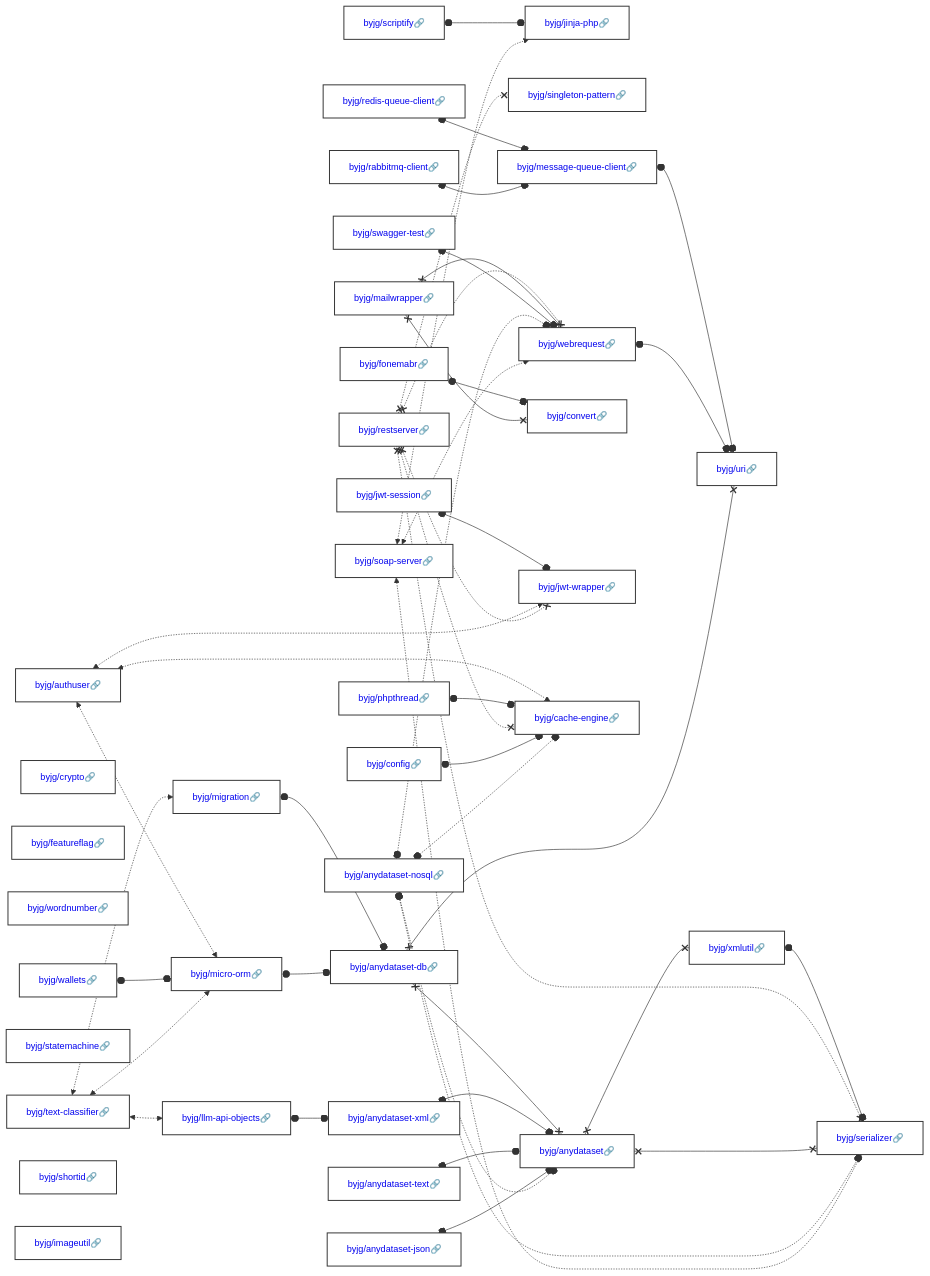
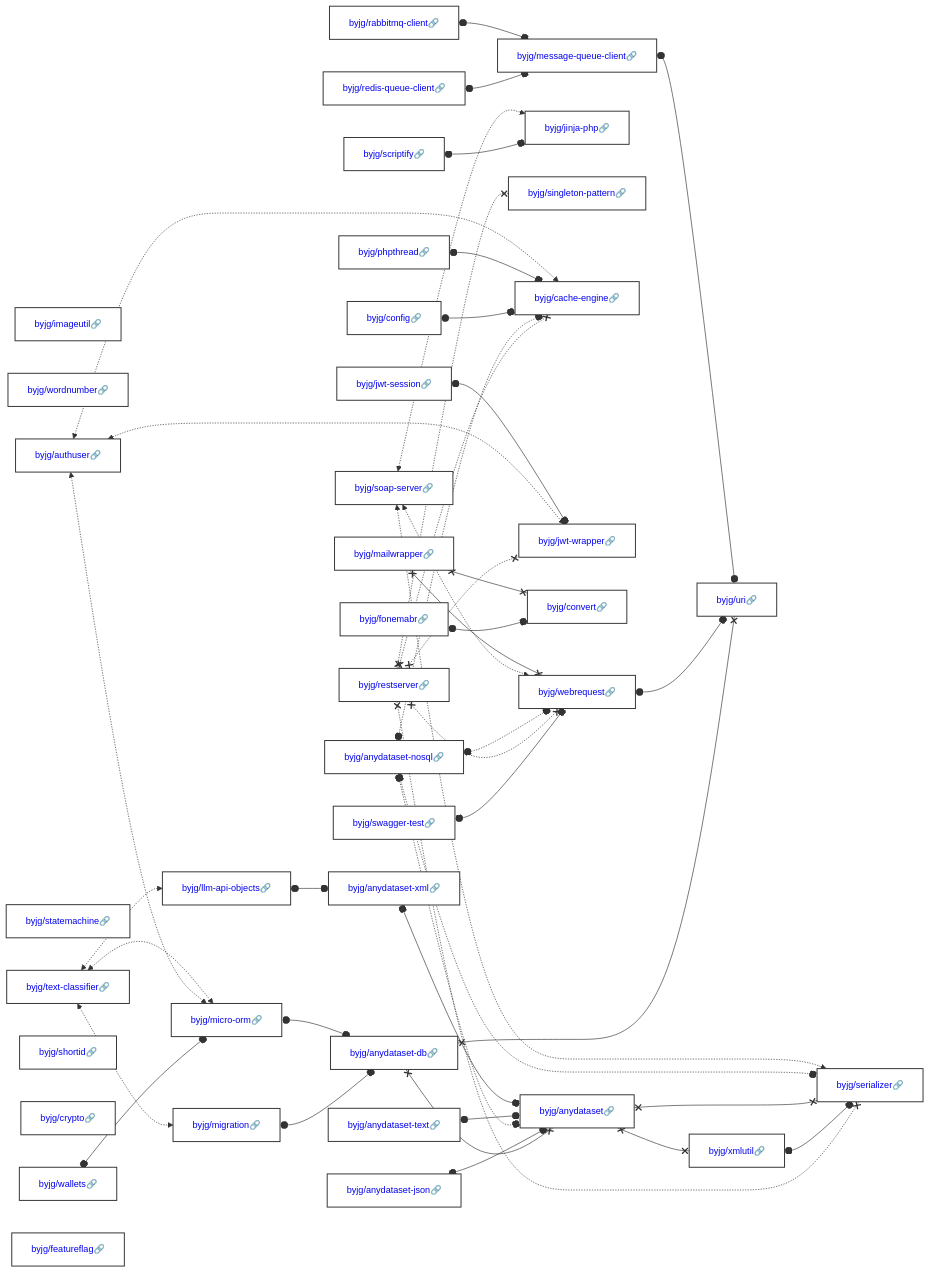
One commit to byjg/byjg.github.io changed the diagram in docs/php/README.md. Above: the diagram before and after it, drawn with Mermaid. The commit also changed other lines of this file, not shown here.

Commit message:
Update documentation 'php' 'php-rest-reference-architecture'

````diff
--- a/docs/php/README.md
+++ b/docs/php/README.md
@@ -3,86 +3,86 @@
 ```mermaid
 graph LR;
-  byjg/anydataset-nosql[<a href='https://opensource.byjg.com/docs/php/anydataset-nosql' style='text-decoration:none'>byjg/anydataset-nosql🔗</a>];
+  byjg/imageutil[<a href='https://opensource.byjg.com/docs/php/imageutil' style='text-decoration:none'>byjg/imageutil🔗</a>];
+  byjg/wordnumber[<a href='https://opensource.byjg.com/docs/php/wordnumber' style='text-decoration:none'>byjg/wordnumber🔗</a>];
+  byjg/jwt-session[<a href='https://opensource.byjg.com/docs/php/jwt-session' style='text-decoration:none'>byjg/jwt-session🔗</a>];
+  byjg/scriptify[<a href='https://opensource.byjg.com/docs/php/scriptify' style='text-decoration:none'>byjg/scriptify🔗</a>];
+  byjg/authuser[<a href='https://opensource.byjg.com/docs/php/authuser' style='text-decoration:none'>byjg/authuser🔗</a>];
+  byjg/anydataset-text[<a href='https://opensource.byjg.com/docs/php/anydataset-text' style='text-decoration:none'>byjg/anydataset-text🔗</a>];
+  byjg/anydataset-json[<a href='https://opensource.byjg.com/docs/php/anydataset-json' style='text-decoration:none'>byjg/anydataset-json🔗</a>];
+  byjg/rabbitmq-client[<a href='https://opensource.byjg.com/docs/php/rabbitmq-client' style='text-decoration:none'>byjg/rabbitmq-client🔗</a>];
+  byjg/statemachine[<a href='https://opensource.byjg.com/docs/php/statemachine' style='text-decoration:none'>byjg/statemachine🔗</a>];
+  byjg/config[<a href='https://opensource.byjg.com/docs/php/config' style='text-decoration:none'>byjg/config🔗</a>];
   byjg/text-classifier[<a href='https://opensource.byjg.com/docs/php/text-classifier' style='text-decoration:none'>byjg/text-classifier🔗</a>];
-  byjg/soap-server[<a href='https://opensource.byjg.com/docs/php/soap-server' style='text-decoration:none'>byjg/soap-server🔗</a>];
-  byjg/crypto[<a href='https://opensource.byjg.com/docs/php/crypto' style='text-decoration:none'>byjg/crypto🔗</a>];
-  byjg/featureflag[<a href='https://opensource.byjg.com/docs/php/featureflag' style='text-decoration:none'>byjg/featureflag🔗</a>];
-  byjg/redis-queue-client[<a href='https://opensource.byjg.com/docs/php/redis-queue-client' style='text-decoration:none'>byjg/redis-queue-client🔗</a>];
-  byjg/wordnumber[<a href='https://opensource.byjg.com/docs/php/wordnumber' style='text-decoration:none'>byjg/wordnumber🔗</a>];
-  byjg/mailwrapper[<a href='https://opensource.byjg.com/docs/php/mailwrapper' style='text-decoration:none'>byjg/mailwrapper🔗</a>];
+  byjg/shortid[<a href='https://opensource.byjg.com/docs/php/shortid' style='text-decoration:none'>byjg/shortid🔗</a>];
   byjg/swagger-test[<a href='https://opensource.byjg.com/docs/php/swagger-test' style='text-decoration:none'>byjg/swagger-test🔗</a>];
   byjg/phpthread[<a href='https://opensource.byjg.com/docs/php/phpthread' style='text-decoration:none'>byjg/phpthread🔗</a>];
-  byjg/scriptify[<a href='https://opensource.byjg.com/docs/php/scriptify' style='text-decoration:none'>byjg/scriptify🔗</a>];
+  byjg/crypto[<a href='https://opensource.byjg.com/docs/php/crypto' style='text-decoration:none'>byjg/crypto🔗</a>];
+  byjg/redis-queue-client[<a href='https://opensource.byjg.com/docs/php/redis-queue-client' style='text-decoration:none'>byjg/redis-queue-client🔗</a>];
+  byjg/wallets[<a href='https://opensource.byjg.com/docs/php/wallets' style='text-decoration:none'>byjg/wallets🔗</a>];
+  byjg/soap-server[<a href='https://opensource.byjg.com/docs/php/soap-server' style='text-decoration:none'>byjg/soap-server🔗</a>];
+  byjg/fonemabr[<a href='https://opensource.byjg.com/docs/php/fonemabr' style='text-decoration:none'>byjg/fonemabr🔗</a>];
+  byjg/featureflag[<a href='https://opensource.byjg.com/docs/php/featureflag' style='text-decoration:none'>byjg/featureflag🔗</a>];
+  byjg/anydataset-nosql[<a href='https://opensource.byjg.com/docs/php/anydataset-nosql' style='text-decoration:none'>byjg/anydataset-nosql🔗</a>];
   byjg/restserver[<a href='https://opensource.byjg.com/docs/php/restserver' style='text-decoration:none'>byjg/restserver🔗</a>];
-  byjg/rabbitmq-client[<a href='https://opensource.byjg.com/docs/php/rabbitmq-client' style='text-decoration:none'>byjg/rabbitmq-client🔗</a>];
-  byjg/authuser[<a href='https://opensource.byjg.com/docs/php/authuser' style='text-decoration:none'>byjg/authuser🔗</a>];
-  byjg/statemachine[<a href='https://opensource.byjg.com/docs/php/statemachine' style='text-decoration:none'>byjg/statemachine🔗</a>];
-  byjg/anydataset-json[<a href='https://opensource.byjg.com/docs/php/anydataset-json' style='text-decoration:none'>byjg/anydataset-json🔗</a>];
-  byjg/wallets[<a href='https://opensource.byjg.com/docs/php/wallets' style='text-decoration:none'>byjg/wallets🔗</a>];
-  byjg/fonemabr[<a href='https://opensource.byjg.com/docs/php/fonemabr' style='text-decoration:none'>byjg/fonemabr🔗</a>];
-  byjg/shortid[<a href='https://opensource.byjg.com/docs/php/shortid' style='text-decoration:none'>byjg/shortid🔗</a>];
-  byjg/jwt-session[<a href='https://opensource.byjg.com/docs/php/jwt-session' style='text-decoration:none'>byjg/jwt-session🔗</a>];
-  byjg/imageutil[<a href='https://opensource.byjg.com/docs/php/imageutil' style='text-decoration:none'>byjg/imageutil🔗</a>];
-  byjg/anydataset-text[<a href='https://opensource.byjg.com/docs/php/anydataset-text' style='text-decoration:none'>byjg/anydataset-text🔗</a>];
-  byjg/config[<a href='https://opensource.byjg.com/docs/php/config' style='text-decoration:none'>byjg/config🔗</a>];
+  byjg/mailwrapper[<a href='https://opensource.byjg.com/docs/php/mailwrapper' style='text-decoration:none'>byjg/mailwrapper🔗</a>];
   byjg/migration[<a href='https://opensource.byjg.com/docs/php/migration' style='text-decoration:none'>byjg/migration🔗</a>];
   byjg/llm-api-objects[<a href='https://opensource.byjg.com/docs/php/llm-api-objects' style='text-decoration:none'>byjg/llm-api-objects🔗</a>];
+  byjg/message-queue-client[<a href='https://opensource.byjg.com/docs/php/message-queue-client' style='text-decoration:none'>byjg/message-queue-client🔗</a>];
+  byjg/micro-orm[<a href='https://opensource.byjg.com/docs/php/micro-orm' style='text-decoration:none'>byjg/micro-orm🔗</a>];
   byjg/jinja-php[<a href='https://opensource.byjg.com/docs/php/jinja-php' style='text-decoration:none'>byjg/jinja-php🔗</a>];
   byjg/singleton-pattern[<a href='https://opensource.byjg.com/docs/php/singleton-pattern' style='text-decoration:none'>byjg/singleton-pattern🔗</a>];
+  byjg/cache-engine[<a href='https://opensource.byjg.com/docs/php/cache-engine' style='text-decoration:none'>byjg/cache-engine🔗</a>];
+  byjg/jwt-wrapper[<a href='https://opensource.byjg.com/docs/php/jwt-wrapper' style='text-decoration:none'>byjg/jwt-wrapper🔗</a>];
+  byjg/convert[<a href='https://opensource.byjg.com/docs/php/convert' style='text-decoration:none'>byjg/convert🔗</a>];
   byjg/webrequest[<a href='https://opensource.byjg.com/docs/php/webrequest' style='text-decoration:none'>byjg/webrequest🔗</a>];
-  byjg/message-queue-client[<a href='https://opensource.byjg.com/docs/php/message-queue-client' style='text-decoration:none'>byjg/message-queue-client🔗</a>];
-  byjg/micro-orm[<a href='https://opensource.byjg.com/docs/php/micro-orm' style='text-decoration:none'>byjg/micro-orm🔗</a>];
-  byjg/convert[<a href='https://opensource.byjg.com/docs/php/convert' style='text-decoration:none'>byjg/convert🔗</a>];
-  byjg/jwt-wrapper[<a href='https://opensource.byjg.com/docs/php/jwt-wrapper' style='text-decoration:none'>byjg/jwt-wrapper🔗</a>];
-  byjg/cache-engine[<a href='https://opensource.byjg.com/docs/php/cache-engine' style='text-decoration:none'>byjg/cache-engine🔗</a>];
   byjg/anydataset-xml[<a href='https://opensource.byjg.com/docs/php/anydataset-xml' style='text-decoration:none'>byjg/anydataset-xml🔗</a>];
   byjg/anydataset-db[<a href='https://opensource.byjg.com/docs/php/anydataset-db' style='text-decoration:none'>byjg/anydataset-db🔗</a>];
   byjg/anydataset[<a href='https://opensource.byjg.com/docs/php/anydataset' style='text-decoration:none'>byjg/anydataset🔗</a>];
   byjg/uri[<a href='https://opensource.byjg.com/docs/php/uri' style='text-decoration:none'>byjg/uri🔗</a>];
   byjg/xmlutil[<a href='https://opensource.byjg.com/docs/php/xmlutil' style='text-decoration:none'>byjg/xmlutil🔗</a>];
   byjg/serializer[<a href='https://opensource.byjg.com/docs/php/serializer' style='text-decoration:none'>byjg/serializer🔗</a>];
-  byjg/soap-server <-.-> byjg/jinja-php;
-  byjg/soap-server <-.-> byjg/webrequest;
-  byjg/soap-server <-.-> byjg/serializer;
-  byjg/anydataset-nosql o-.-o byjg/anydataset;
-  byjg/anydataset-nosql o-.-o byjg/serializer;
-  byjg/anydataset-nosql o-.-o byjg/webrequest;
-  byjg/anydataset-nosql o-.-o byjg/cache-engine;
-  byjg/swagger-test o--o byjg/webrequest;
-  byjg/anydataset x--x byjg/serializer;
-  byjg/anydataset x--x byjg/xmlutil;
-  byjg/anydataset-json o--o byjg/anydataset;
-  byjg/anydataset-text o--o byjg/anydataset;
-  byjg/scriptify o--o byjg/jinja-php;
-  byjg/anydataset-xml o--o byjg/anydataset;
-  byjg/rabbitmq-client o--o byjg/message-queue-client;
-  byjg/mailwrapper x--x byjg/convert;
-  byjg/mailwrapper x--x byjg/webrequest;
   byjg/anydataset-db x--x byjg/anydataset;
   byjg/anydataset-db x--x byjg/uri;
+  byjg/anydataset-json o--o byjg/anydataset;
+  byjg/wallets o--o byjg/micro-orm;
+  byjg/swagger-test o--o byjg/webrequest;
   byjg/webrequest o--o byjg/uri;
-  byjg/redis-queue-client o--o byjg/message-queue-client;
-  byjg/message-queue-client o--o byjg/uri;
-  byjg/config o--o byjg/cache-engine;
-  byjg/llm-api-objects o--o byjg/anydataset-xml;
-  byjg/micro-orm o--o byjg/anydataset-db;
-  byjg/migration o--o byjg/anydataset-db;
   byjg/restserver x-.-x byjg/serializer;
   byjg/restserver x-.-x byjg/singleton-pattern;
   byjg/restserver x-.-x byjg/cache-engine;
   byjg/restserver x-.-x byjg/webrequest;
   byjg/restserver x-.-x byjg/jwt-wrapper;
+  byjg/xmlutil o--o byjg/serializer;
+  byjg/migration o--o byjg/anydataset-db;
+  byjg/anydataset x--x byjg/serializer;
+  byjg/anydataset x--x byjg/xmlutil;
+  byjg/micro-orm o--o byjg/anydataset-db;
+  byjg/scriptify o--o byjg/jinja-php;
+  byjg/anydataset-nosql o-.-o byjg/anydataset;
+  byjg/anydataset-nosql o-.-o byjg/serializer;
+  byjg/anydataset-nosql o-.-o byjg/webrequest;
+  byjg/anydataset-nosql o-.-o byjg/cache-engine;
+  byjg/config o--o byjg/cache-engine;
+  byjg/phpthread o--o byjg/cache-engine;
+  byjg/message-queue-client o--o byjg/uri;
+  byjg/llm-api-objects o--o byjg/anydataset-xml;
+  byjg/redis-queue-client o--o byjg/message-queue-client;
+  byjg/anydataset-text o--o byjg/anydataset;
+  byjg/rabbitmq-client o--o byjg/message-queue-client;
+  byjg/authuser <-.-> byjg/micro-orm;
+  byjg/authuser <-.-> byjg/cache-engine;
+  byjg/authuser <-.-> byjg/jwt-wrapper;
   byjg/text-classifier <-.-> byjg/micro-orm;
   byjg/text-classifier <-.-> byjg/migration;
   byjg/text-classifier <-.-> byjg/llm-api-objects;
-  byjg/wallets o--o byjg/micro-orm;
-  byjg/phpthread o--o byjg/cache-engine;
-  byjg/xmlutil o--o byjg/serializer;
-  byjg/authuser <-.-> byjg/micro-orm;
-  byjg/authuser <-.-> byjg/cache-engine;
-  byjg/authuser <-.-> byjg/jwt-wrapper;
   byjg/jwt-session o--o byjg/jwt-wrapper;
   byjg/fonemabr o--o byjg/convert;
+  byjg/soap-server <-.-> byjg/jinja-php;
+  byjg/soap-server <-.-> byjg/webrequest;
+  byjg/soap-server <-.-> byjg/serializer;
+  byjg/mailwrapper x--x byjg/convert;
+  byjg/mailwrapper x--x byjg/webrequest;
+  byjg/anydataset-xml o--o byjg/anydataset;
   classDef default fill:#ffffff,stroke:#333,stroke-width:1.5px,color:#000,font-size:14px;
   classDef highlight fill:#ffef96,stroke:#ff9900,stroke-width:3px;
   classDef deprecated fill:#f8f8f8,stroke:#cccccc,stroke-dasharray: 5 5,stroke-width:1px,color:#999;
````
